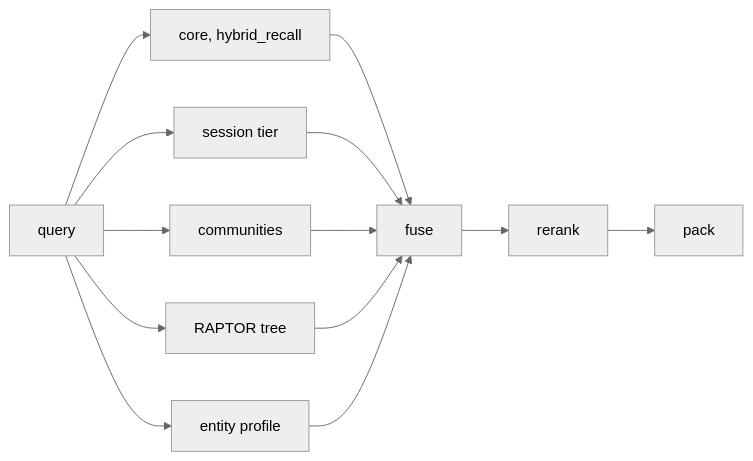
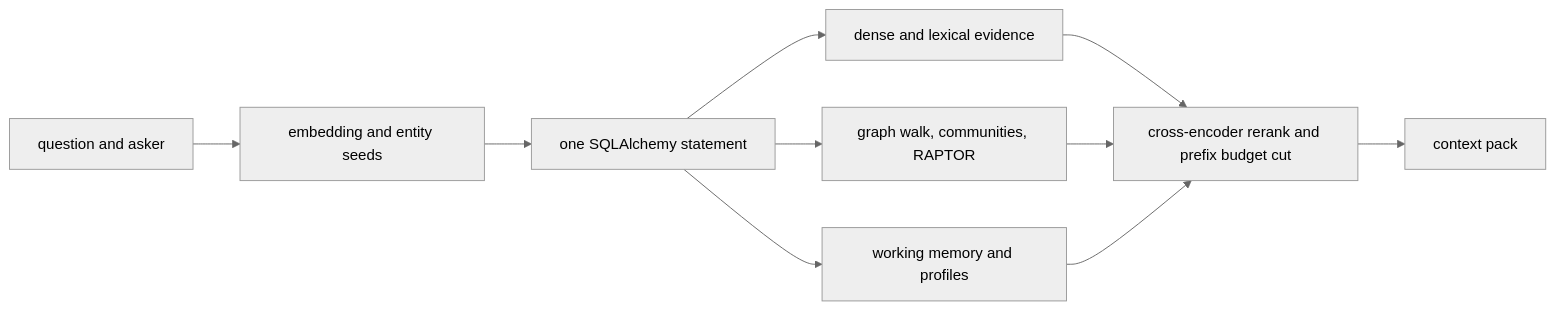
One commit to phvv-me/aizk changed the diagram in docs/engine/read-path.md. Above: the diagram before and after it, drawn with Mermaid (neutral theme). The commit also changed other lines of this file and 292 other files, not shown here.

Commit message:
refactor: simplify memory architecture and retrieval

````diff
--- a/docs/engine/read-path.md
+++ b/docs/engine/read-path.md
@@ -7,14 +9,12 @@
 ```mermaid
 flowchart LR
-    Q[query] --> L1[core, hybrid_recall]
-    Q --> L2[session tier]
-    Q --> L3[communities]
-    Q --> L4[RAPTOR tree]
-    Q --> L5[entity profile]
-    L1 --> F[fuse]
-    L2 --> F
-    L3 --> F
-    L4 --> F
-    L5 --> F
-    F --> R[rerank] --> P[pack]
+    Q[question and asker] --> E[embedding and entity seeds]
+    E --> S[one SQLAlchemy statement]
+    S --> H[dense and lexical evidence]
+    S --> G[graph walk, communities, RAPTOR]
+    S --> M[working memory and profiles]
+    H --> B[cross-encoder rerank and prefix budget cut]
+    G --> B
+    M --> B
+    B --> C[context pack]
 ```
````
